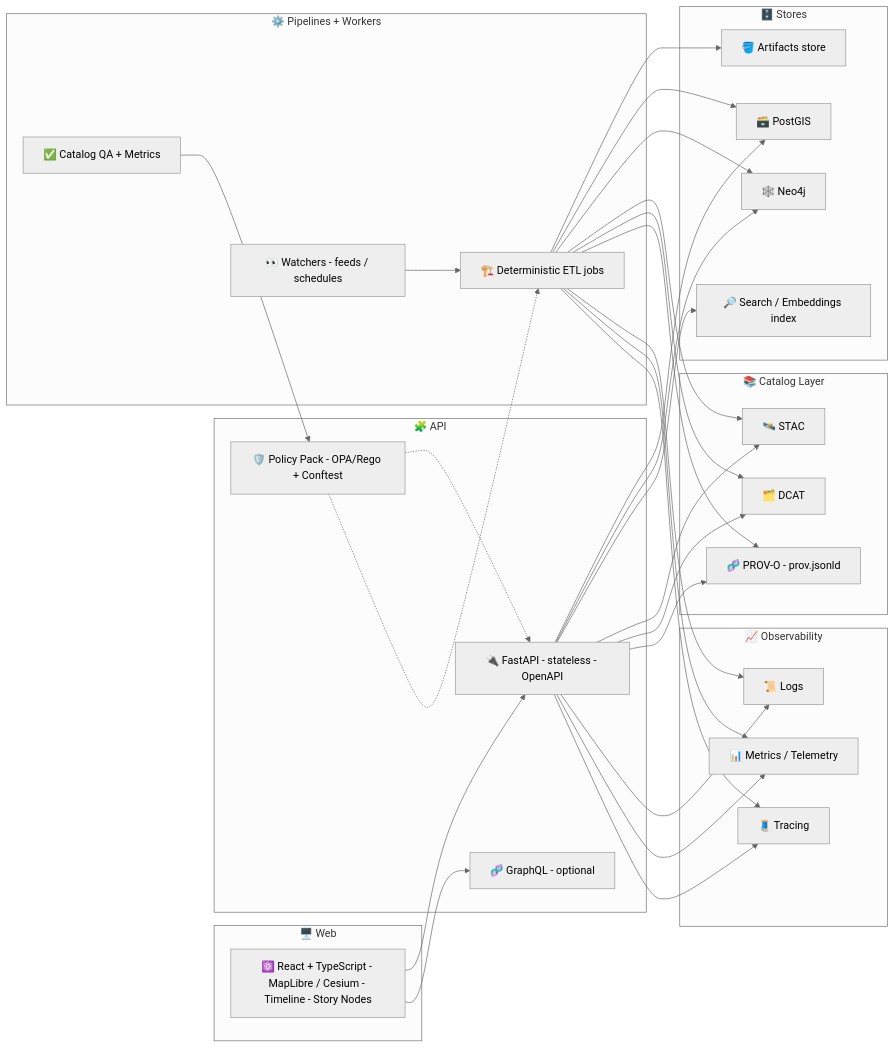
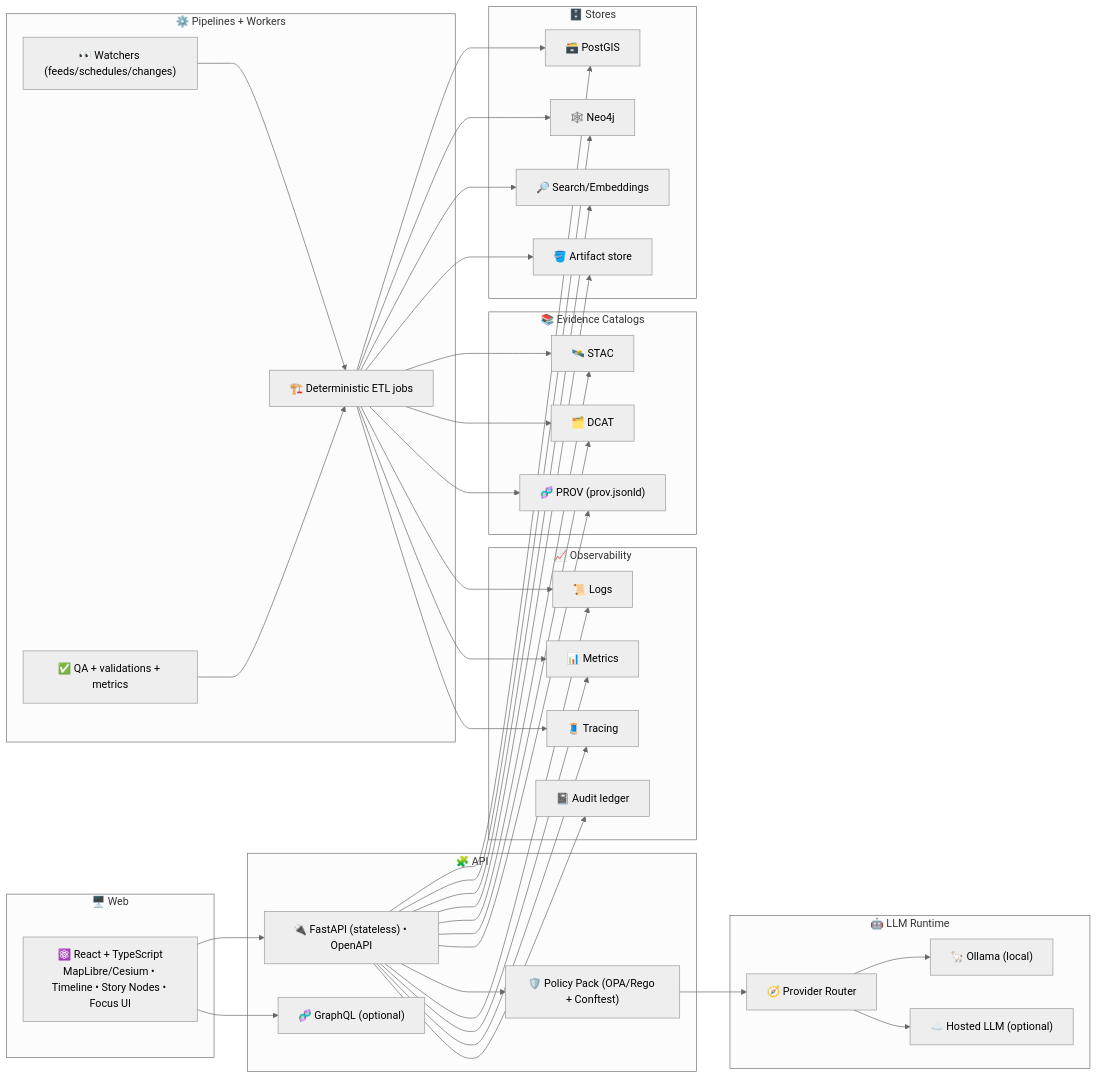
Before and after one commit to bartytime4life/Kansas-Frontier-Matrix: the third of 13 diagrams in docs/architecture/diagrams/README.md, drawn with Mermaid (neutral theme). The commit also changed other lines of this file, not shown here.

````diff
--- a/docs/architecture/diagrams/README.md
+++ b/docs/architecture/diagrams/README.md
@@ -199,68 +309,81 @@
 ```mermaid
 flowchart LR
   subgraph WEB["🖥️ Web"]
-    FE["⚛️ React + TypeScript - MapLibre / Cesium - Timeline - Story Nodes"];
+    FE["⚛️ React + TypeScript<br/>MapLibre/Cesium • Timeline • Story Nodes • Focus UI"]
   end
 
   subgraph APIS["🧩 API"]
-    BE["🔌 FastAPI - stateless - OpenAPI"];
-    GQL["🧬 GraphQL - optional"];
-    POL["🛡️ Policy Pack - OPA/Rego + Conftest"];
+    BE["🔌 FastAPI (stateless) • OpenAPI"]
+    GQL["🧬 GraphQL (optional)"]
+    POL["🛡️ Policy Pack (OPA/Rego + Conftest)"]
   end
 
-  subgraph PIPEX["⚙️ Pipelines + Workers"]
-    ETL["🏗️ Deterministic ETL jobs"];
-    WATCH["👀 Watchers - feeds / schedules"];
-    QA["✅ Catalog QA + Metrics"];
+  subgraph PIPE["⚙️ Pipelines + Workers"]
+    WATCH["👀 Watchers (feeds/schedules/changes)"]
+    ETL["🏗️ Deterministic ETL jobs"]
+    QA["✅ QA + validations + metrics"]
+  end
+
+  subgraph CAT["📚 Evidence Catalogs"]
+    STAC["🛰️ STAC"]
+    DCAT["🗂️ DCAT"]
+    PROV["🧬 PROV (prov.jsonld)"]
   end
 
   subgraph DATA["🗄️ Stores"]
-    PG["🗃️ PostGIS"];
-    N4J["🕸️ Neo4j"];
-    OBJ["🪣 Artifacts store"];
-    IDX["🔎 Search / Embeddings index"];
+    PG["🗃️ PostGIS"]
+    N4J["🕸️ Neo4j"]
+    IDX["🔎 Search/Embeddings"]
+    OBJ["🪣 Artifact store"]
   end
 
-  subgraph CAT["📚 Catalog Layer"]
-    STAC["🛰️ STAC"];
-    DCAT["🗂️ DCAT"];
-    PROV["🧬 PROV-O - prov.jsonld"];
+  subgraph LLM["🤖 LLM Runtime"]
+    ROUTER["🧭 Provider Router"]
+    OLLAMA["🦙 Ollama (local)"]
+    HOSTED["☁️ Hosted LLM (optional)"]
   end
 
   subgraph OBS["📈 Observability"]
-    LOGS["📜 Logs"];
-    METRICS["📊 Metrics / Telemetry"];
-    TRACE["🧵 Tracing"];
+    LOGS["📜 Logs"]
+    METRICS["📊 Metrics"]
+    TRACE["🧵 Tracing"]
+    LEDGER["📓 Audit ledger"]
   end
 
-  FE --> BE;
-  FE --> GQL;
+  FE --> BE
+  FE --> GQL
 
-  BE --> PG;
-  BE --> N4J;
-  BE --> IDX;
-  BE --> STAC;
-  BE --> DCAT;
-  BE --> PROV;
+  WATCH --> ETL
+  QA --> ETL
+  ETL --> PG
+  ETL --> N4J
+  ETL --> IDX
+  ETL --> OBJ
+  ETL --> STAC
+  ETL --> DCAT
+  ETL --> PROV
 
-  ETL --> OBJ;
-  ETL --> PG;
-  ETL --> N4J;
-  ETL --> STAC;
-  ETL --> DCAT;
-  ETL --> PROV;
+  BE --> PG
+  BE --> N4J
+  BE --> IDX
+  BE --> OBJ
+  BE --> STAC
+  BE --> DCAT
+  BE --> PROV
 
-  WATCH --> ETL;
-  QA --> POL;
+  %% Focus Mode calls LLM through policy wrapper
+  BE --> POL
+  POL --> ROUTER
+  ROUTER --> OLLAMA
+  ROUTER --> HOSTED
 
-  POL -.-> BE;
-  POL -.-> ETL;
+  %% Telemetry
+  BE --> LOGS
+  BE --> METRICS
+  BE --> TRACE
+  BE --> LEDGER
 
-  BE --> LOGS;
-  BE --> METRICS;
-  BE --> TRACE;
-
-  ETL --> LOGS;
-  ETL --> METRICS;
-  ETL --> TRACE;
+  ETL --> LOGS
+  ETL --> METRICS
+  ETL --> TRACE
 ```
````
